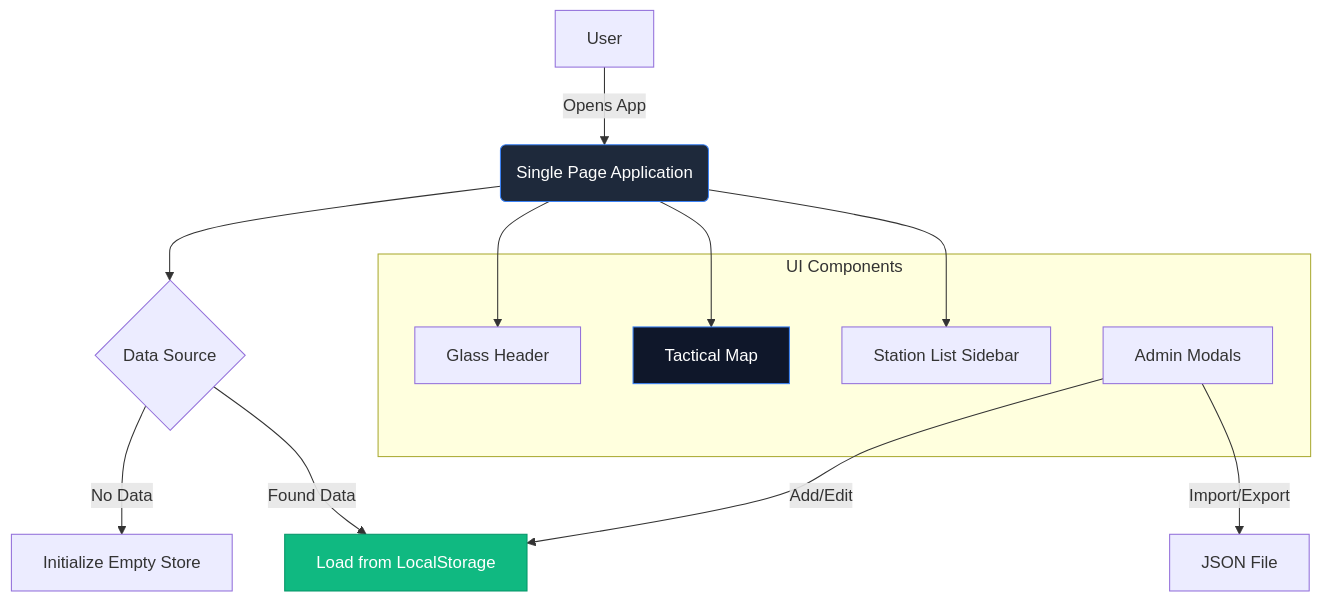
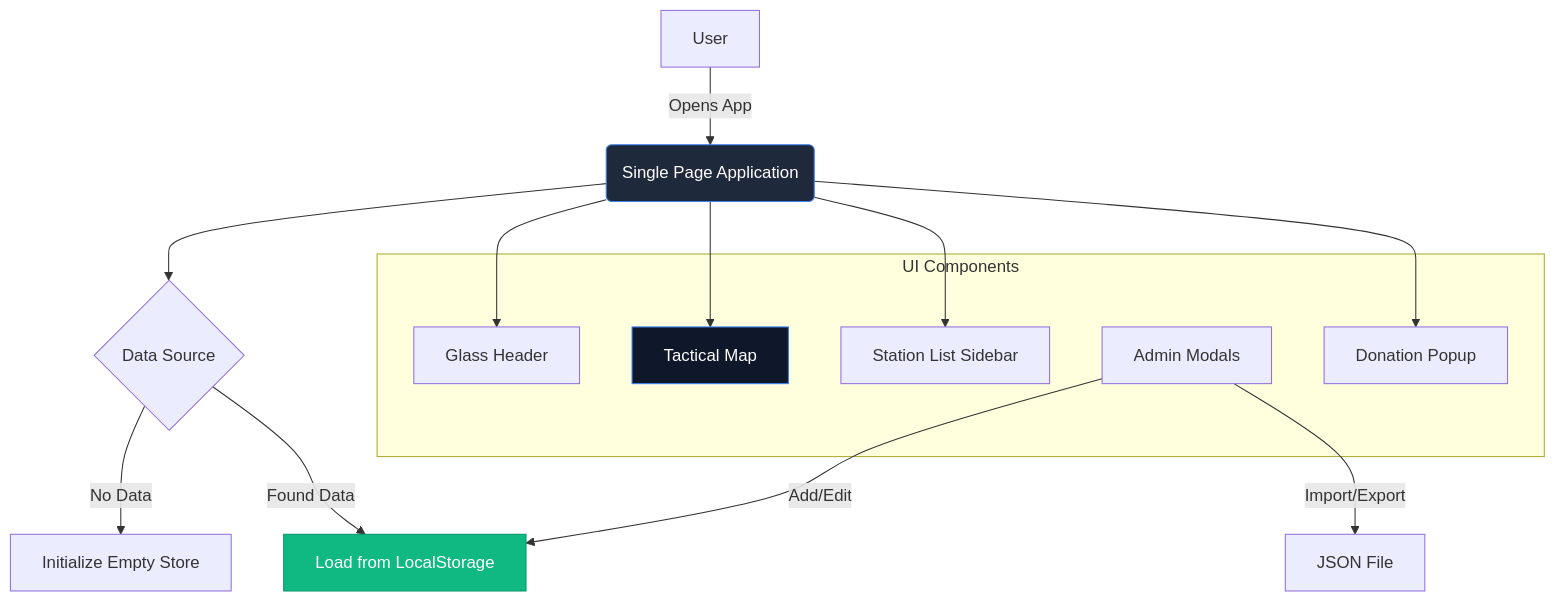
The diagram in README.md (9M2PJU/9M2PJU-Amateur-Radio-Simulated-Emergency-Test-Dashboard), drawn with Mermaid before and after one commit. The commit also changed other lines of this file, not shown here.

Commit message:
docs: update README with news ticker and donation features

````diff
--- a/README.md
+++ b/README.md
@@ -27,25 +29,27 @@
 ```mermaid
 graph TD
     A[User] -->|Opens App| B(Single Page Application)
     B --> C{Data Source}
     C -->|No Data| D[Initialize Empty Store]
     C -->|Found Data| E[Load from LocalStorage]
     
     subgraph UI Components
         F[Glass Header]
         G[Tactical Map]
         H[Station List Sidebar]
         I[Admin Modals]
+        K[Donation Popup]
     end
     
     B --> F
     B --> G
     B --> H
+    B --> K
     
     I -->|Add/Edit| E
     I -->|Import/Export| J[JSON File]
     
     style B fill:#1e293b,stroke:#3b82f6,color:#fff
     style G fill:#0f172a,stroke:#3b82f6,color:#fff
     style E fill:#10b981,stroke:#059669,color:#fff
 ```
````
